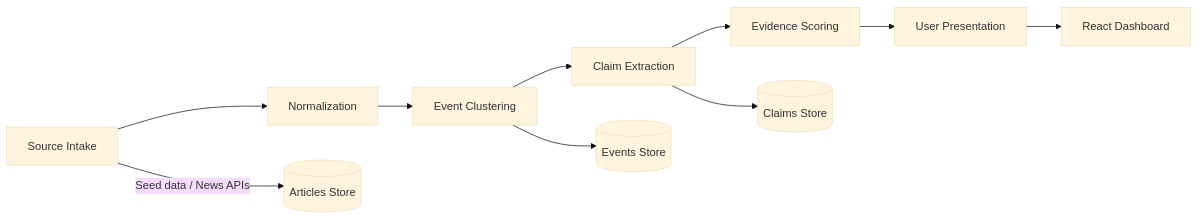
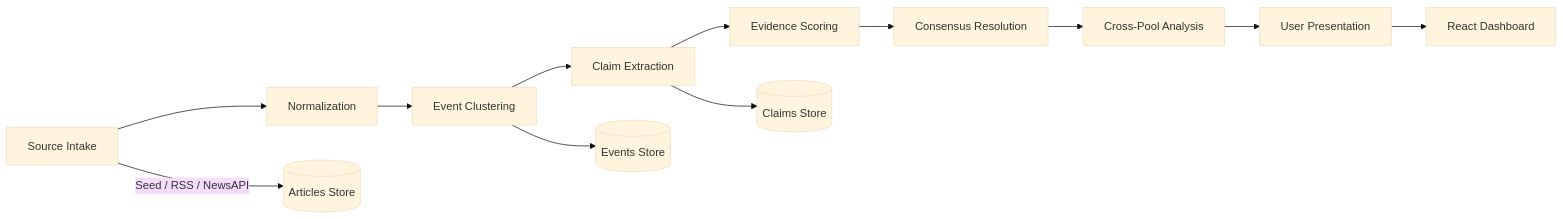
One commit to st93642/kill-prop changed the diagram in README.md. Above: the diagram before and after it, drawn with Mermaid (base theme). The commit also changed other lines of this file and 21 other files, not shown here.

First line of the commit message:
feat: global source pools, cross-pool LLM analysis, geo+topic filtering, clustering fixes

````diff
--- a/README.md
+++ b/README.md
@@ -67,13 +77,15 @@
 ```mermaid
 flowchart LR
     A[Source Intake] --> B[Normalization]
     B --> C[Event Clustering]
     C --> D[Claim Extraction]
     D --> E[Evidence Scoring]
-    E --> F[User Presentation]
+    E --> F[Consensus Resolution]
+    F --> G[Cross-Pool Analysis]
+    G --> H[User Presentation]
     
-    A -->|Seed data / News APIs| A1[(Articles Store)]
+    A -->|Seed / RSS / NewsAPI| A1[(Articles Store)]
     C --> C1[(Events Store)]
     D --> D1[(Claims Store)]
-    F --> F1[React Dashboard]
+    H --> H1[React Dashboard]
 ```
````
